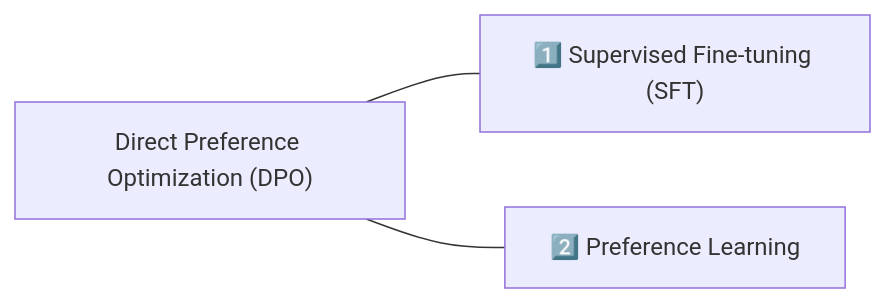
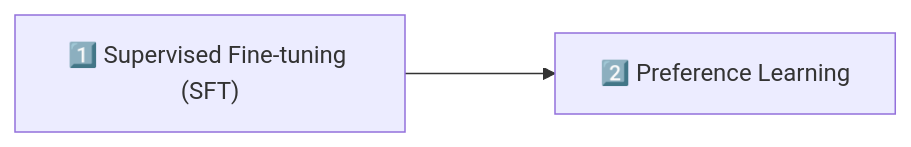
The diagram in src/ml/finetuning/mod.md (gist-rs/book), drawn with Mermaid before and after one commit. The commit also changed other lines of this file, not shown here.

````diff
--- a/src/ml/finetuning/mod.md
+++ b/src/ml/finetuning/mod.md
@@ -13,5 +14,4 @@
 ```mermaid
 graph LR
-  A["Direct Preference Optimization (DPO)"]---B["1️⃣ Supervised Fine-tuning (SFT)"]
-  A---C["2️⃣ Preference Learning"]
+  A["1️⃣ Supervised Fine-tuning (SFT)"]--->B["2️⃣ Preference Learning"]
 ```
````
